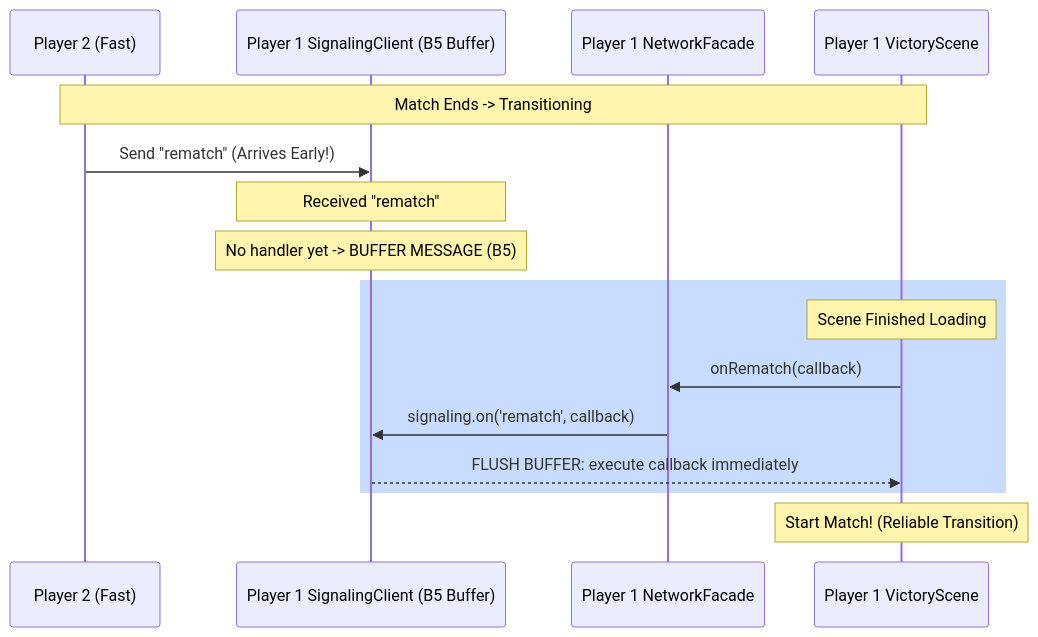
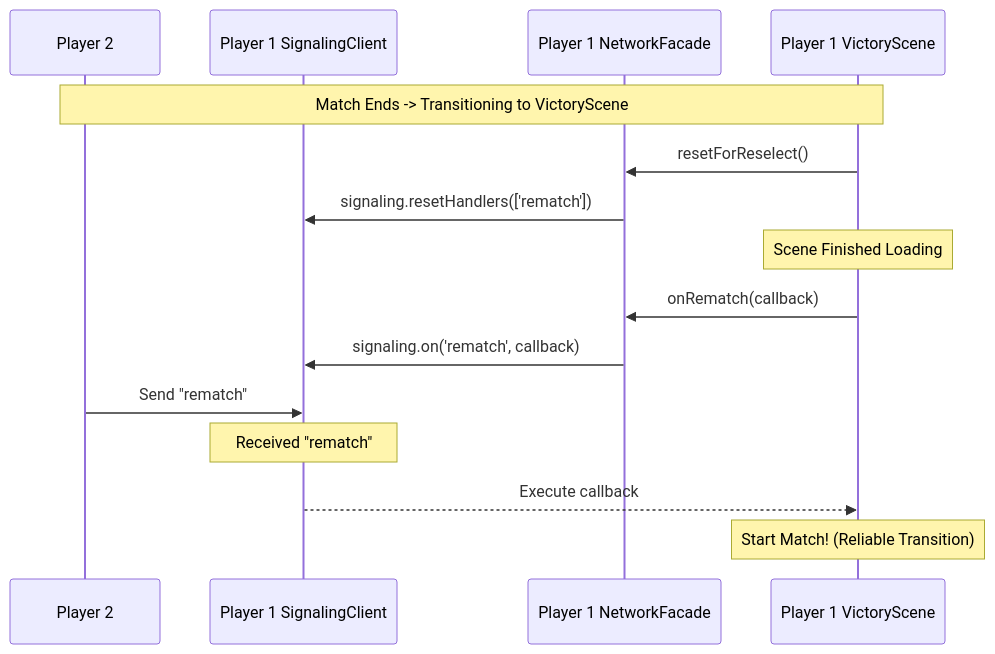
Before and after one commit to simon0191/a-los-traques: the second of 2 diagrams in docs/rfcs/0015-multiplayer-scene-transitions-reliability.md, drawn with Mermaid. The commit also changed other lines of this file, not shown here.

Commit message:
docs: update RFC 0015 to include the Stale Handler (Frame Zero Sync Deadlock) flaw

````diff
--- a/docs/rfcs/0015-multiplayer-scene-transitions-reliability.md
+++ b/docs/rfcs/0015-multiplayer-scene-transitions-reliability.md
@@ -74,22 +71,21 @@
 ```mermaid
 sequenceDiagram
-    participant P2 as Player 2 (Fast)
-    participant P1_Net as Player 1 SignalingClient (B5 Buffer)
+    participant P2 as Player 2
+    participant P1_Net as Player 1 SignalingClient
     participant P1_Facade as Player 1 NetworkFacade
     participant P1_Scene as Player 1 VictoryScene
     
-    Note over P2, P1_Scene: Match Ends -> Transitioning
+    Note over P2, P1_Scene: Match Ends -> Transitioning to VictoryScene
+    P1_Scene->>P1_Facade: resetForReselect()
+    P1_Facade->>P1_Net: signaling.resetHandlers(['rematch'])
     
-    P2->>P1_Net: Send "rematch" (Arrives Early!)
-    Note over P1_Net: Received "rematch"
-    Note over P1_Net: No handler yet -> BUFFER MESSAGE (B5)
-    
-    rect rgb(200, 220, 255)
     Note over P1_Scene: Scene Finished Loading
     P1_Scene->>P1_Facade: onRematch(callback)
     P1_Facade->>P1_Net: signaling.on('rematch', callback)
-    P1_Net-->>P1_Scene: FLUSH BUFFER: execute callback immediately
-    end
+    
+    P2->>P1_Net: Send "rematch"
+    Note over P1_Net: Received "rematch"
+    P1_Net-->>P1_Scene: Execute callback
     
     Note over P1_Scene: Start Match! (Reliable Transition)
 ```
````
